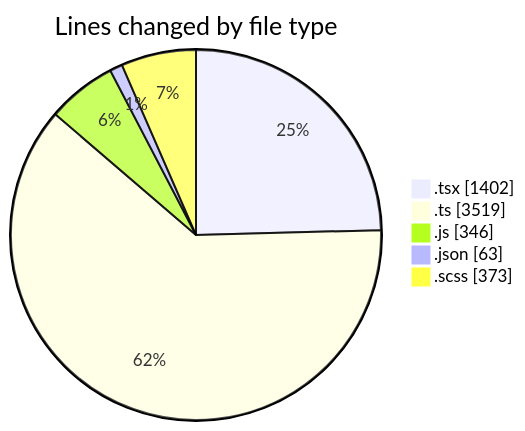
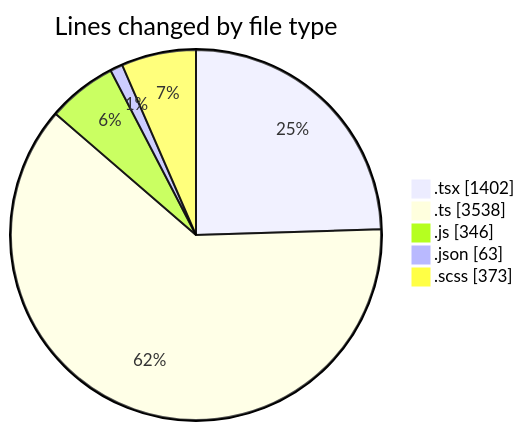
Before and after one commit to momahboobian/code-tracking: the first of 2 diagrams in 2025-12-01/cda/README.md, drawn with Mermaid. The commit also changed other lines of this file and 1 other file, not shown here.

````diff
--- a/2025-12-01/cda/README.md
+++ b/2025-12-01/cda/README.md
@@ -33,9 +33,9 @@
 ```mermaid
 pie showData
 title Lines changed by file type
 ".tsx" : 1402
-".ts" : 3519
+".ts" : 3538
 ".js" : 346
 ".json" : 63
 ".scss" : 373
 ```
````
